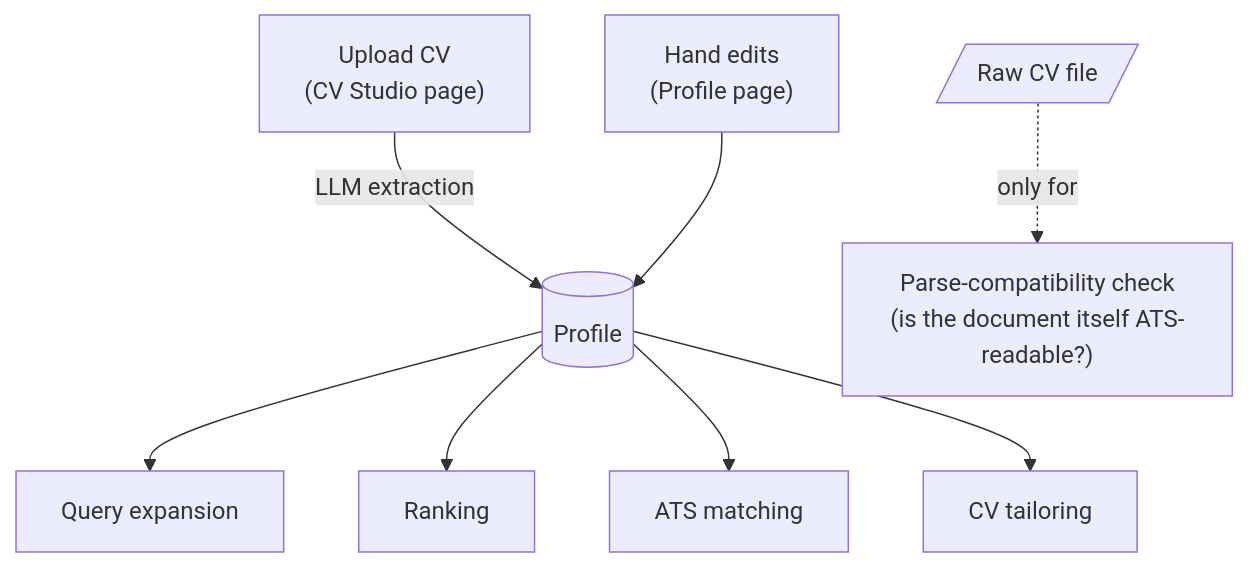
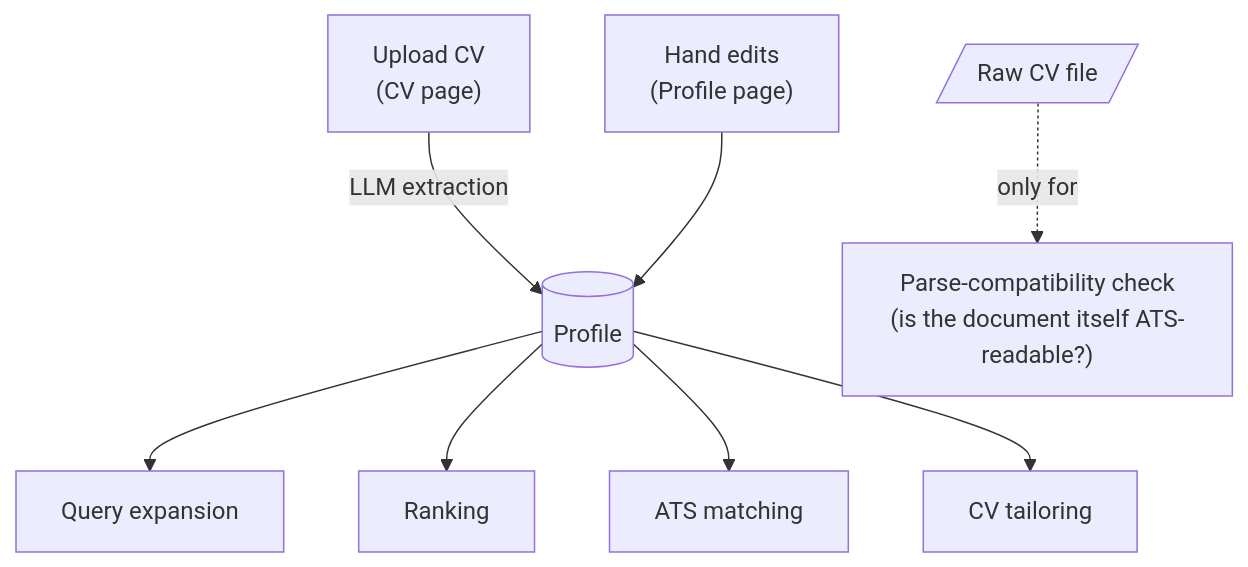
One commit to alymaklad/Saei changed the third of 10 diagrams in README.md. Above: the diagram before and after it, drawn with Mermaid. The commit also changed other lines of this file and 22 other files, not shown here.

````diff
--- a/README.md
+++ b/README.md
@@ -98,10 +98,10 @@
 ```mermaid
 flowchart TD
-    U["Upload CV<br/>(CV Studio page)"] -->|LLM extraction| P[("Profile")]
+    U["Upload CV<br/>(CV page)"] -->|LLM extraction| P[("Profile")]
     E["Hand edits<br/>(Profile page)"] --> P
     P --> QE["Query expansion"]
     P --> RK["Ranking"]
     P --> ATS["ATS matching"]
     P --> RW["CV tailoring"]
     F[/"Raw CV file"/] -.->|only for| PC["Parse-compatibility check<br/>(is the document itself ATS-readable?)"]
 ```
````
